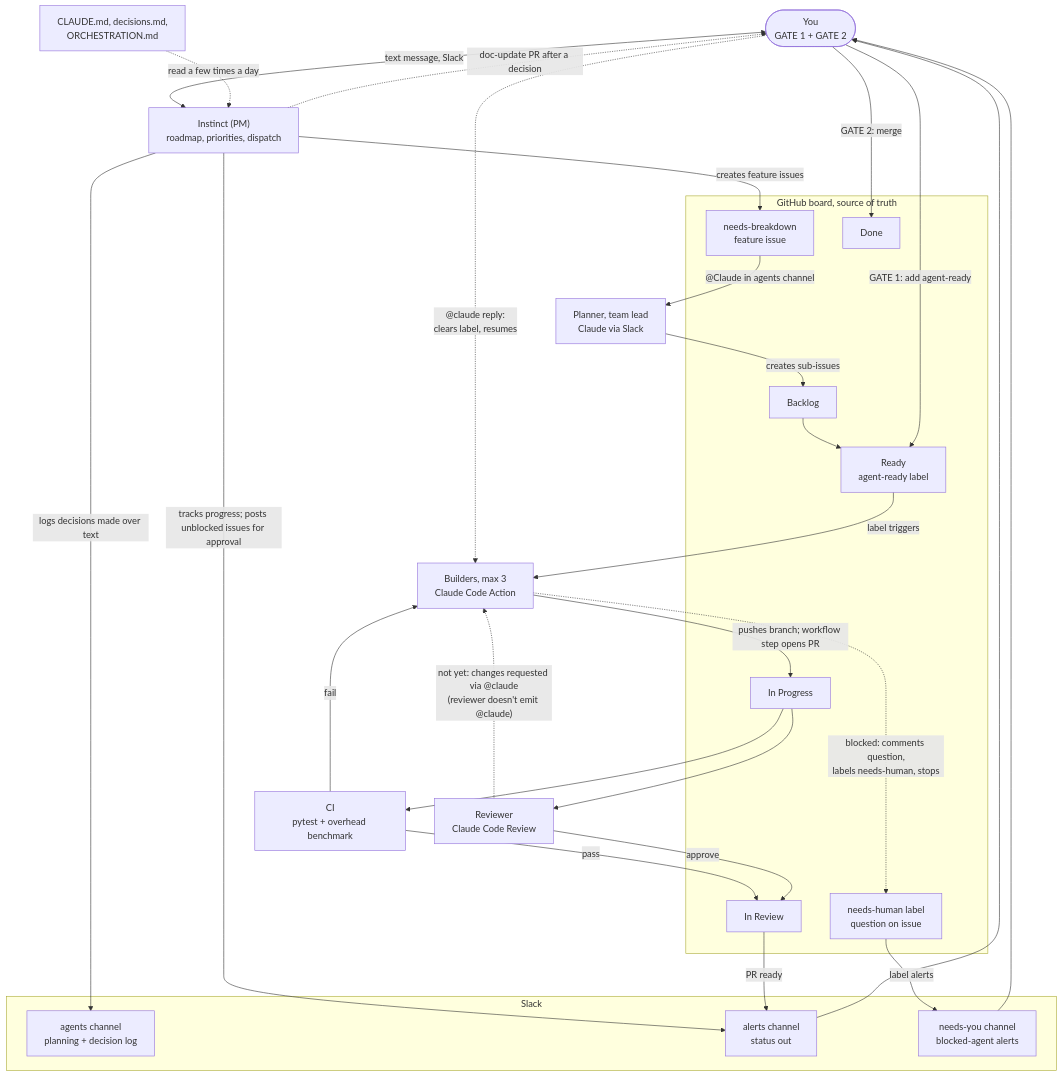
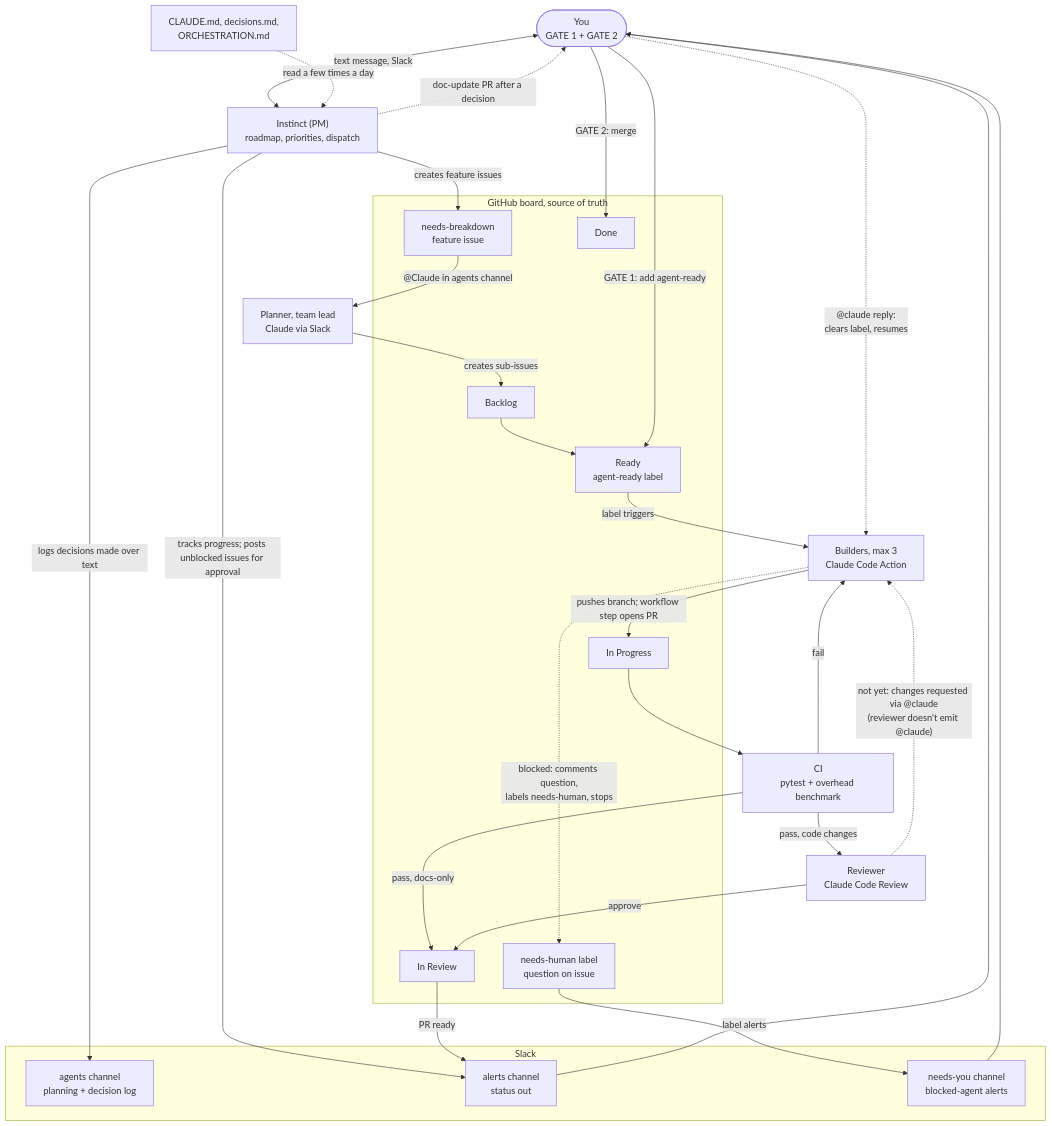
One commit to vitorizz/dod changed the first of 2 diagrams in docs/ORCHESTRATION.md. Above: the diagram before and after it, drawn with Mermaid. The commit also changed other lines of this file and 5 other files, not shown here.

````diff
--- a/docs/ORCHESTRATION.md
+++ b/docs/ORCHESTRATION.md
@@ -13,53 +13,53 @@
 ```mermaid
 flowchart TD
     YOU(["You<br/>GATE 1 + GATE 2"])
     IN["Instinct (PM)<br/>roadmap, priorities, dispatch"]
 
     subgraph SLACK["Slack"]
         AG["agents channel<br/>planning + decision log"]
         AL["alerts channel<br/>status out"]
         NY["needs-you channel<br/>blocked-agent alerts"]
     end
 
     PL["Planner, team lead<br/>Claude via Slack"]
     BU["Builders, max 3<br/>Claude Code Action"]
     CI["CI<br/>pytest + overhead benchmark"]
     GR["Reviewer<br/>Claude Code Review"]
     DOCS["CLAUDE.md, decisions.md,<br/>ORCHESTRATION.md"]
 
     subgraph GH["GitHub board, source of truth"]
         BL["Backlog"]
         NB["needs-breakdown<br/>feature issue"]
         RD["Ready<br/>agent-ready label"]
         IP["In Progress"]
         NH["needs-human label<br/>question on issue"]
         IR["In Review"]
         DN["Done"]
     end
 
     YOU <-->|"text message, Slack"| IN
     IN -->|"logs decisions made over text"| AG
     DOCS -.->|"read a few times a day"| IN
     IN -.->|"doc-update PR after a decision"| YOU
     IN -->|creates feature issues| NB
     NB -->|"@Claude in agents channel"| PL
     PL -->|creates sub-issues| BL
     IN -->|"tracks progress; posts unblocked issues for approval"| AL
     AL --> YOU
     BL --> RD
     YOU -->|"GATE 1: add agent-ready"| RD
     RD -->|label triggers| BU
     BU -->|"pushes branch; workflow step opens PR"| IP
     IP --> CI
-    IP --> GR
+    CI -->|"pass, code changes"| GR
     CI -->|fail| BU
     GR -.->|"not yet: changes requested via @claude<br/>(reviewer doesn't emit @claude)"| BU
-    CI -->|pass| IR
+    CI -->|"pass, docs-only"| IR
     GR -->|approve| IR
     IR -->|PR ready| AL
     BU -.->|"blocked: comments question,<br/>labels needs-human, stops"| NH
     NH -->|label alerts| NY
     NY --> YOU
     YOU -.->|"@claude reply:<br/>clears label, resumes"| BU
     YOU -->|"GATE 2: merge"| DN
 ```
````
